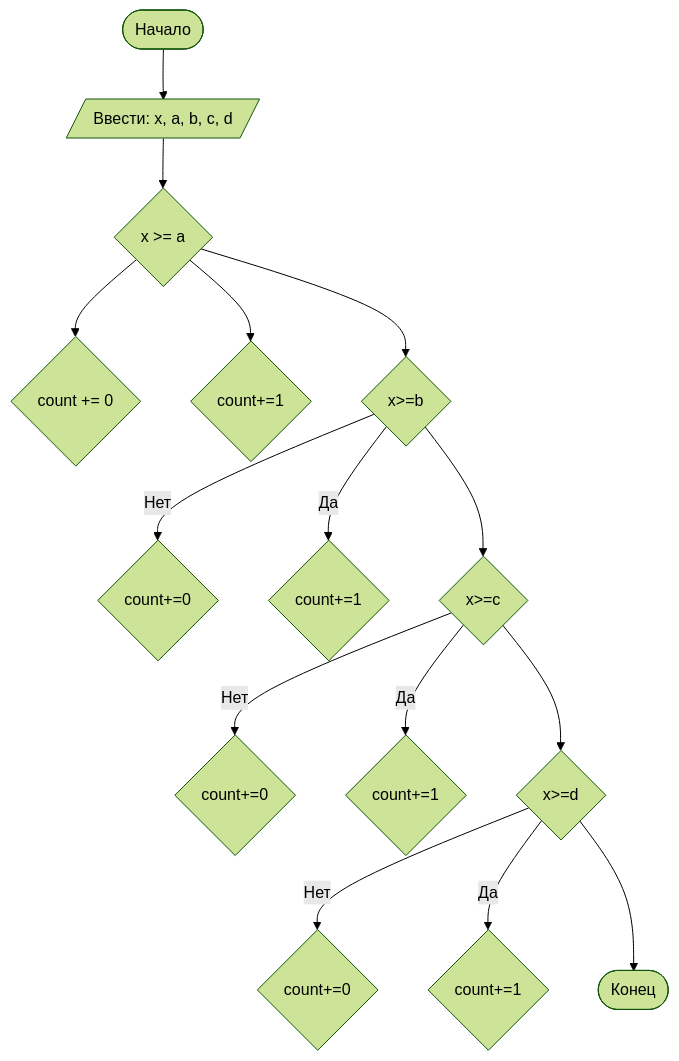
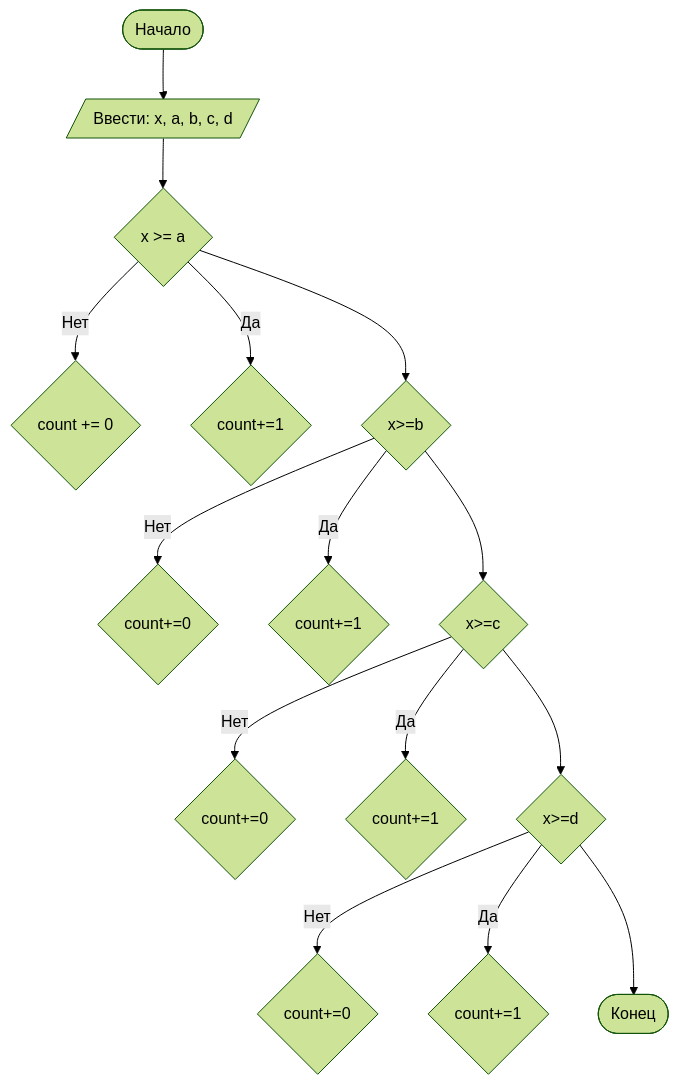
One commit to 09mikg09-svg/mishanya changed the diagram in pm2601.md. Above: the diagram before and after it, drawn with Mermaid (forest theme).

````diff
--- a/pm2601.md
+++ b/pm2601.md
@@ -90,18 +90,18 @@
 ```mermaid
 graph TD
     A([Начало]) --> B[/Ввести: x, a, b, c, d/]
     B --> C{x >= a}
-    C --> Нет{count += 0}
-    C --> Да{count+=1}
+    C -- Нет-->S{count += 0}
+    C -- Да -->W{count+=1}
     C --> F{x>=b}
     F -- Нет -->D{count+=0}
     F -- Да --> E{count+=1}
     F --> G{x>=c}
     G -- Нет -->I{count+=0}
     G -- Да --> J{count+=1}
     G --> H{x>=d}
     H -- Нет -->K{count+=0}
     H -- Да --> L{count+=1}
     H --> Z([Конец])
 
 ```
````
